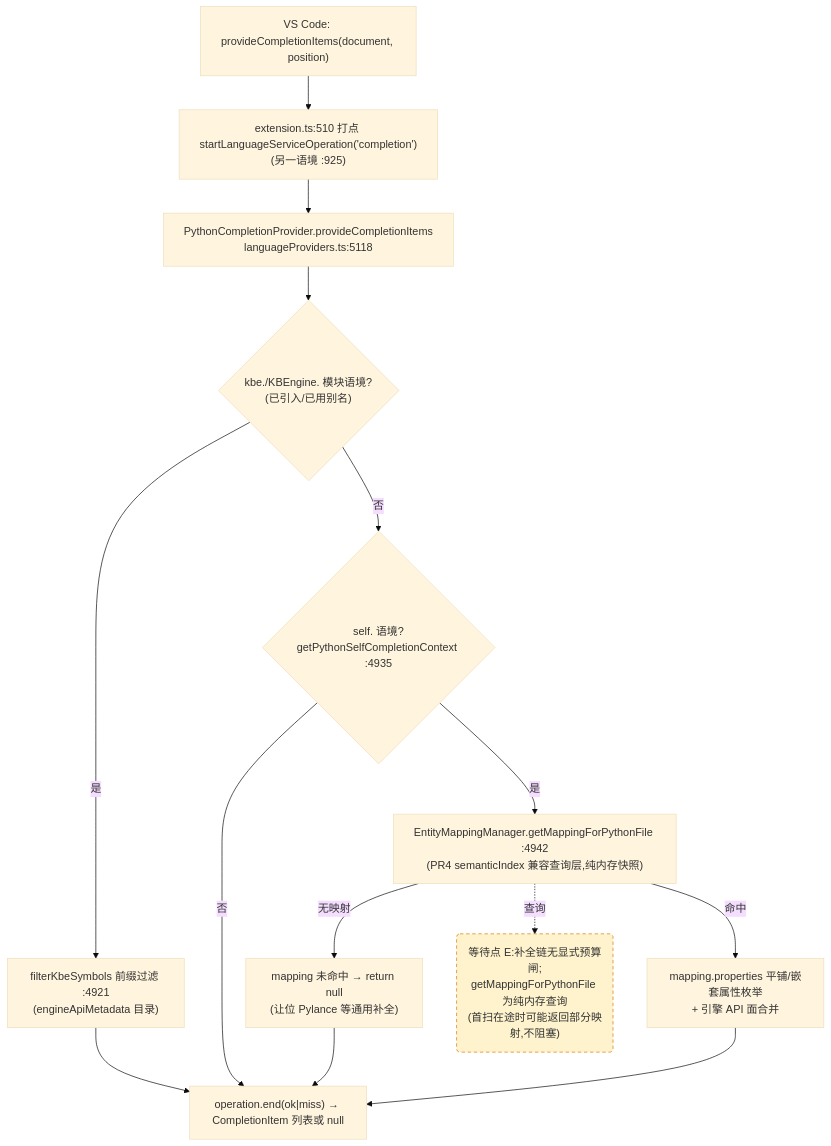
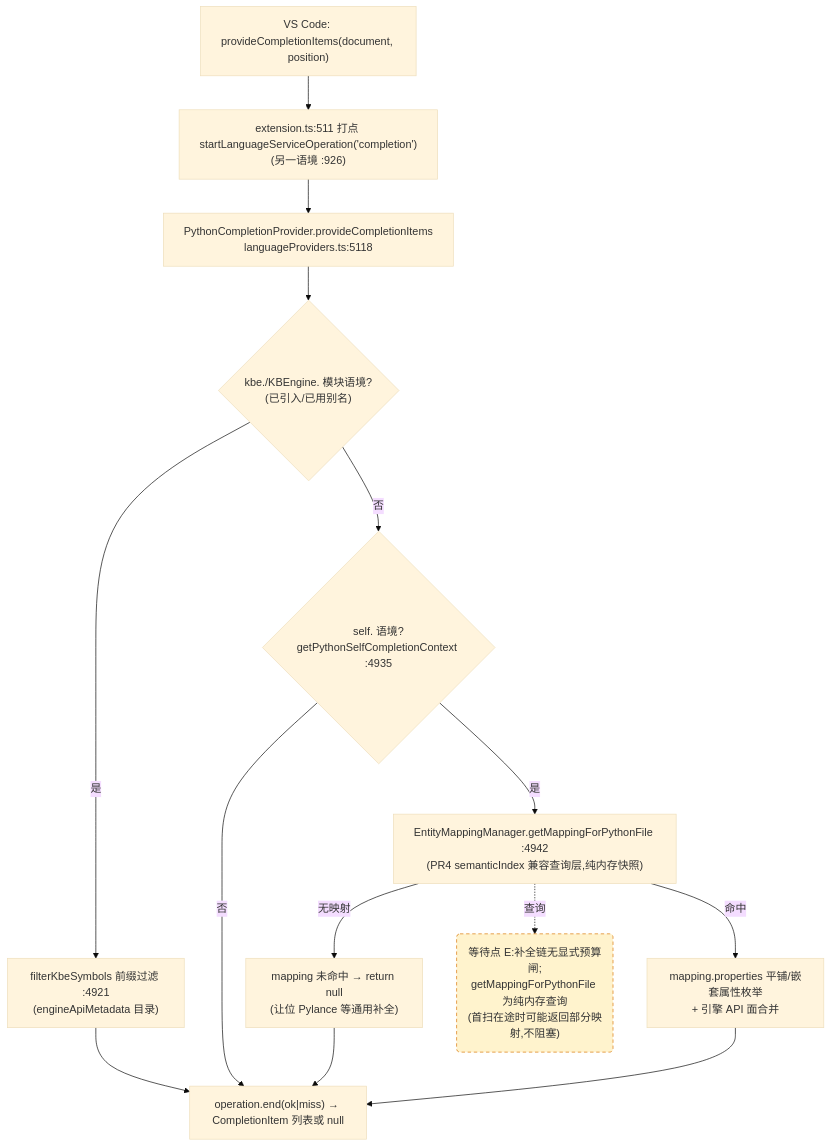
The third of 4 diagrams in docs/perf/2026-baseline.md (cuihairu/kode), drawn with Mermaid (base theme) before and after one commit. The commit also changed other lines of this file and 6 other files, not shown here.

````diff
--- a/docs/perf/2026-baseline.md
+++ b/docs/perf/2026-baseline.md
@@ -184,27 +184,27 @@
 ```mermaid
 flowchart TD
   VC3["VS Code: provideCompletionItems(document, position)"]
-  M3["extension.ts:510 打点 startLanguageServiceOperation('completion')<br/>(另一语境 :925)"]
+  M3["extension.ts:511 打点 startLanguageServiceOperation('completion')<br/>(另一语境 :926)"]
   CP["PythonCompletionProvider.provideCompletionItems<br/>languageProviders.ts:5118"]
   KBEC{"kbe./KBEngine. 模块语境?<br/>(已引入/已用别名)"}
   FILTER["filterKbeSymbols 前缀过滤 :4921<br/>(engineApiMetadata 目录)"]
   SELFC{"self. 语境?<br/>getPythonSelfCompletionContext :4935"}
   MAP["EntityMappingManager.getMappingForPythonFile :4942<br/>(PR4 semanticIndex 兼容查询层,纯内存快照)"]
   NOMAP["mapping 未命中 → return null<br/>(让位 Pylance 等通用补全)"]
   PROPS["mapping.properties 平铺/嵌套属性枚举<br/>+ 引擎 API 面合并"]
   END3["operation.end(ok|miss) → CompletionItem 列表或 null"]
 
   VC3 --> M3 --> CP --> KBEC
   KBEC -- "是" --> FILTER --> END3
   KBEC -- "否" --> SELFC
   SELFC -- "否" --> END3
   SELFC -- "是" --> MAP
   MAP -- "无映射" --> NOMAP --> END3
   MAP -- "命中" --> PROPS --> END3
 
   WAITE("等待点 E:补全链无显式预算闸;<br/>getMappingForPythonFile 为纯内存查询<br/>(首扫在途时可能返回部分映射,不阻塞)")
   MAP -.->|查询| WAITE
 
   classDef waitPoint fill:#fff3cd,stroke:#d97706,stroke-dasharray:5 4;
   class WAITE waitPoint;
 ```
````
